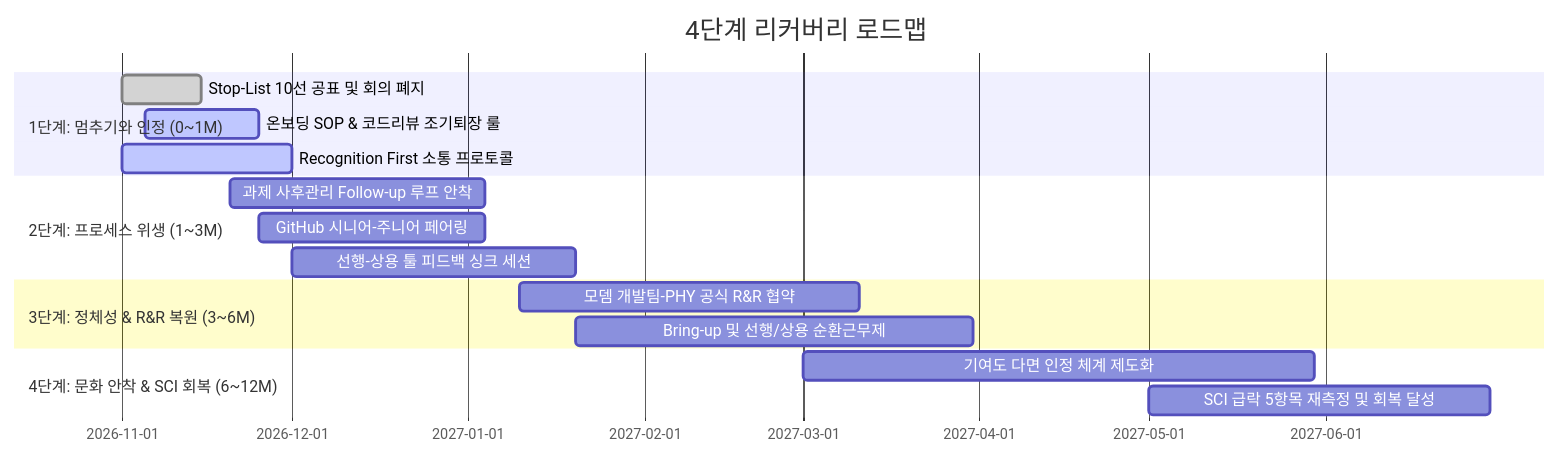
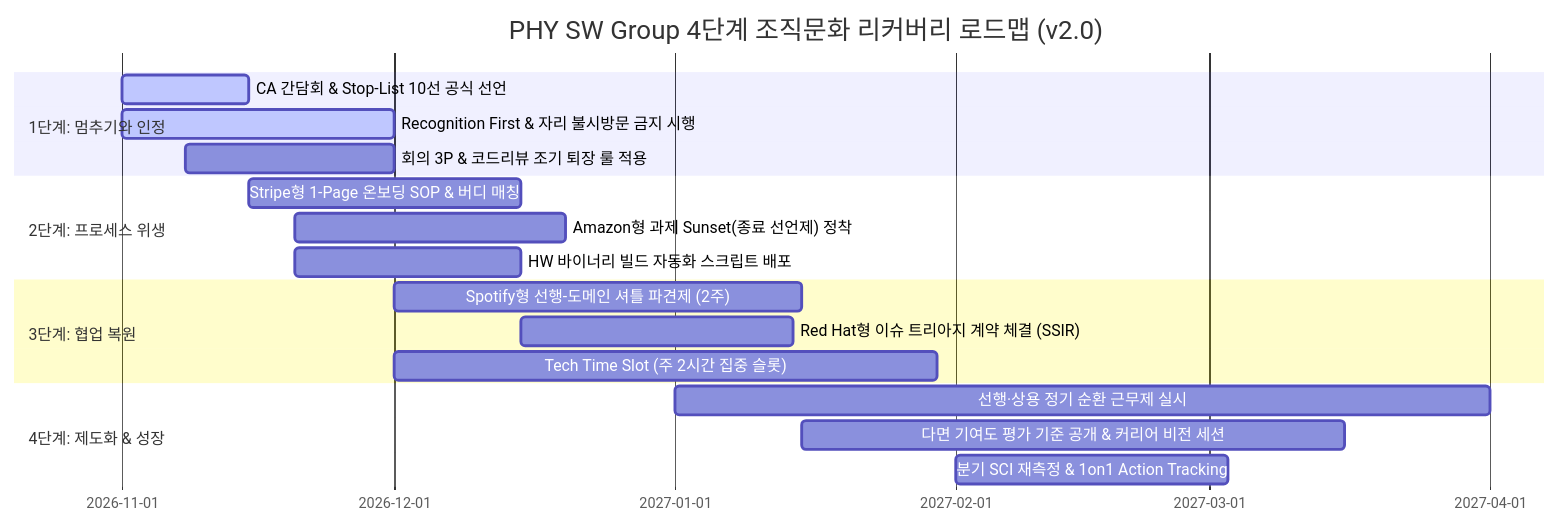
Before and after one commit to KIHOKIL/Report: the diagram in docs/03_단중장기_대책.md, drawn with Mermaid. The commit also changed other lines of this file and 3 other files, not shown here.

````diff
--- a/docs/03_단중장기_대책.md
+++ b/docs/03_단중장기_대책.md
@@ -79,19 +102,21 @@
 ```mermaid
 gantt
-    title 4단계 리커버리 로드맵
+    title PHY SW Group 4단계 조직문화 리커버리 로드맵 (v2.0)
     dateFormat  YYYY-MM-DD
-    section 1단계: 멈추기와 인정 (0~1M)
-    Stop-List 10선 공표 및 회의 폐지      :done, 2026-11-01, 14d
-    온보딩 SOP & 코드리뷰 조기퇴장 룰     :active, 2026-11-05, 20d
-    Recognition First 소통 프로토콜      :active, 2026-11-01, 30d
-    section 2단계: 프로세스 위생 (1~3M)
-    과제 사후관리 Follow-up 루프 안착    :2026-11-20, 45d
-    GitHub 시니어-주니어 페어링          :2026-11-25, 40d
-    선행-상용 툴 피드백 싱크 세션         :2026-12-01, 50d
-    section 3단계: 정체성 & R&R 복원 (3~6M)
-    모뎀 개발팀-PHY 공식 R&R 협약        :2027-01-10, 60d
-    Bring-up 및 선행/상용 순환근무제       :2027-01-20, 70d
-    section 4단계: 문화 안착 & SCI 회복 (6~12M)
-    기여도 다면 인정 체계 제도화          :2027-03-01, 90d
-    SCI 급락 5항목 재측정 및 회복 달성    :2027-05-01, 60d
+    section 1단계: 멈추기와 인정
+    CA 간담회 & Stop-List 10선 공식 선언       :active, 2026-11-01, 14d
+    Recognition First & 자리 불시방문 금지 시행  :active, 2026-11-01, 30d
+    회의 3P & 코드리뷰 조기 퇴장 룰 적용       :2026-11-08, 23d
+    section 2단계: 프로세스 위생
+    Stripe형 1-Page 온보딩 SOP & 버디 매칭     :2026-11-15, 30d
+    Amazon형 과제 Sunset(종료 선언제) 정착     :2026-11-20, 30d
+    HW 바이너리 빌드 자동화 스크립트 배포      :2026-11-20, 25d
+    section 3단계: 협업 복원
+    Spotify형 선행-도메인 셔틀 파견제 (2주)    :2026-12-01, 45d
+    Red Hat형 이슈 트리아지 계약 체결 (SSIR)   :2026-12-15, 30d
+    Tech Time Slot (주 2시간 집중 슬롯)        :2026-12-01, 60d
+    section 4단계: 제도화 & 성장
+    선행·상용 정기 순환 근무제 실시            :2027-01-01, 90d
+    다면 기여도 평가 기준 공개 & 커리어 비전 세션:2027-01-15, 60d
+    분기 SCI 재측정 & 1on1 Action Tracking     :2027-02-01, 30d
 ```
````
